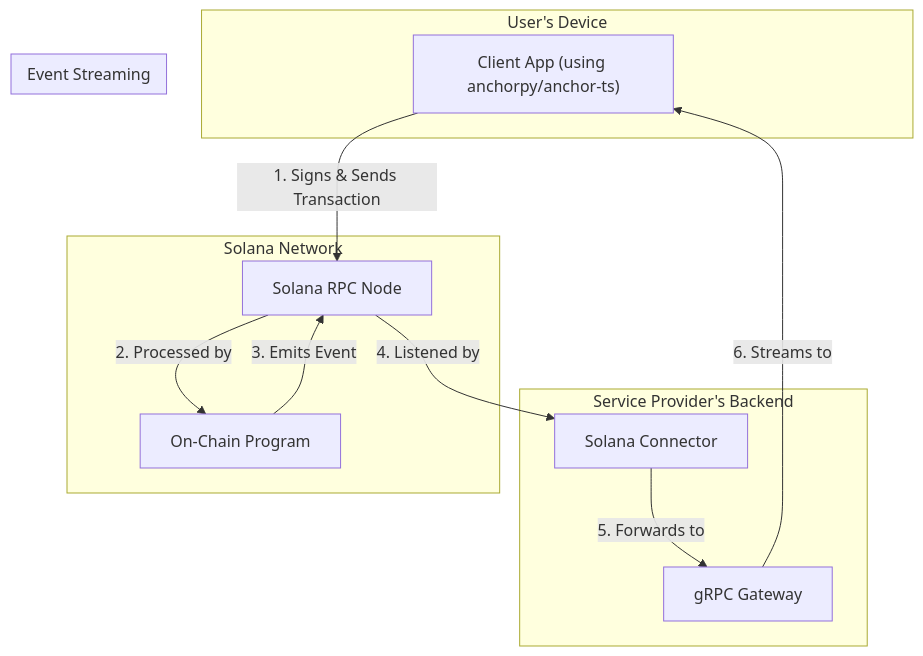
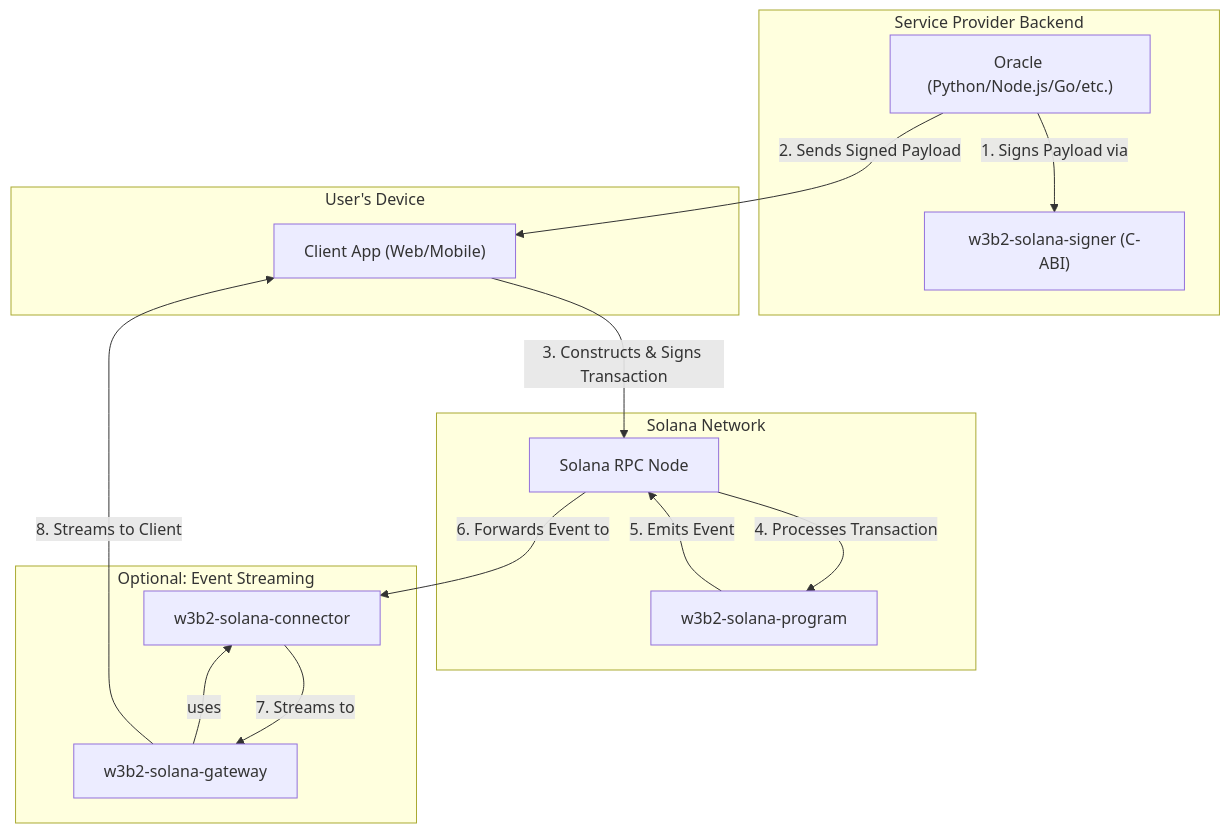
The diagram in README.md (m62624/w3b2-solana), drawn with Mermaid before and after one commit. The commit also changed other lines of this file and 15 other files, not shown here.

````diff
--- a/README.md
+++ b/README.md
@@ -27,26 +19,31 @@
 ```mermaid
 graph TD
-    subgraph "User's Device"
-        A["Client App (using anchorpy/anchor-ts)"]
+    subgraph "Service Provider Backend"
+        Oracle["Oracle (Python/Node.js/Go/etc.)"]
+        Signer["w3b2-solana-signer (C-ABI)"]
+        Oracle -- "1. Signs Payload via" --> Signer
     end
 
-    subgraph "Service Provider's Backend"
-        B[gRPC Gateway]
-        C[Solana Connector]
+    subgraph "User's Device"
+        Client["Client App (Web/Mobile)"]
     end
 
     subgraph "Solana Network"
-        E[On-Chain Program]
-        F[Solana RPC Node]
+        RPC["Solana RPC Node"]
+        Program["w3b2-solana-program"]
+    end
+    
+    subgraph "Optional: Event Streaming"
+        Gateway["w3b2-solana-gateway"]
+        Connector["w3b2-solana-connector"]
+        Gateway -- "uses" --> Connector
     end
 
-    A -- "1. Signs & Sends Transaction" --> F
-    F -- "2. Processed by" --> E
-    E -- "3. Emits Event" --> F
-    
-    subgraph "Event Streaming"
-      F -- "4. Listened by" --> C
-      C -- "5. Forwards to" --> B
-      B -- "6. Streams to" --> A
-    end
+    Oracle -- "2. Sends Signed Payload" --> Client
+    Client -- "3. Constructs & Signs Transaction" --> RPC
+    RPC -- "4. Processes Transaction" --> Program
+    Program -- "5. Emits Event" --> RPC
+    RPC -- "6. Forwards Event to" --> Connector
+    Connector -- "7. Streams to" --> Gateway
+    Gateway -- "8. Streams to Client" --> Client
 ```
````
